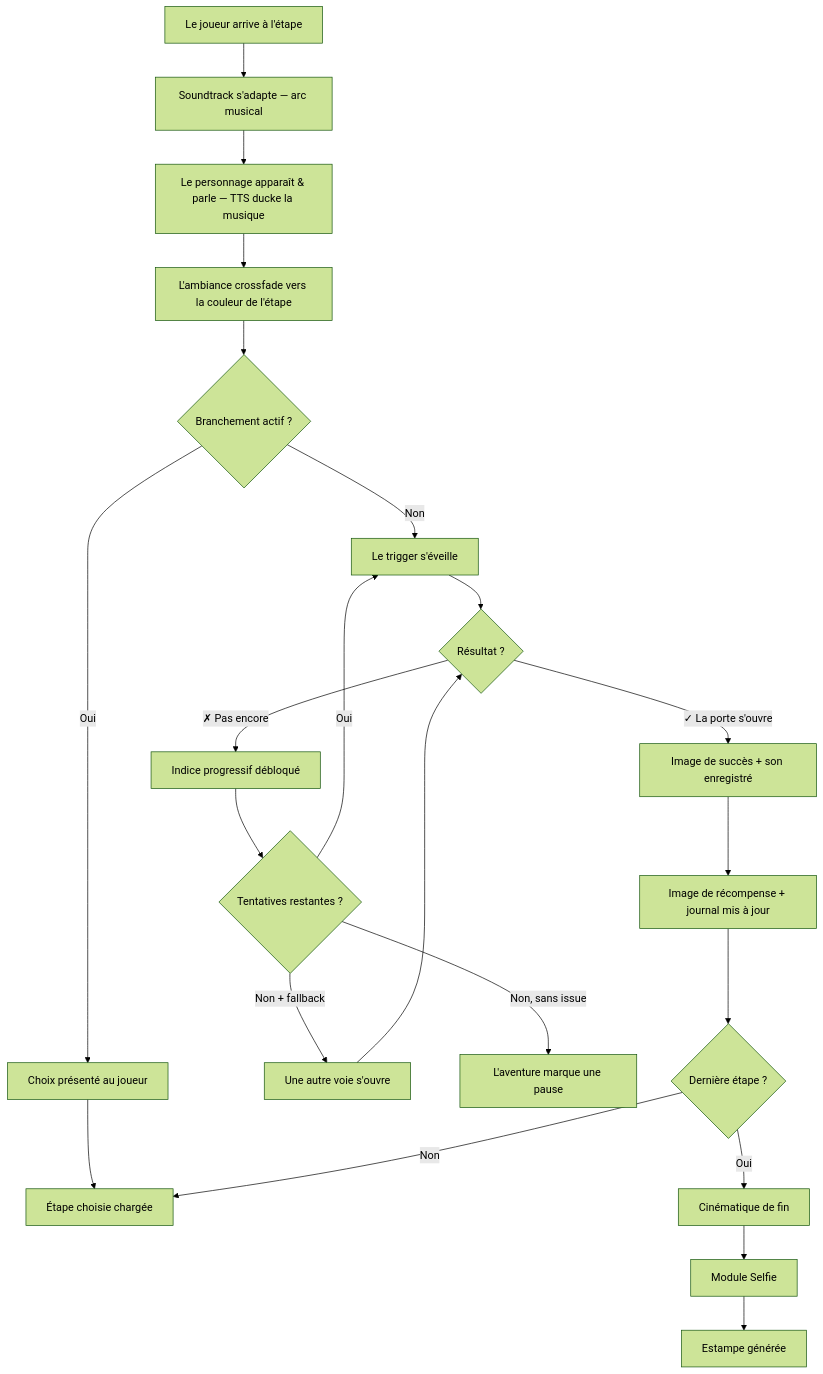
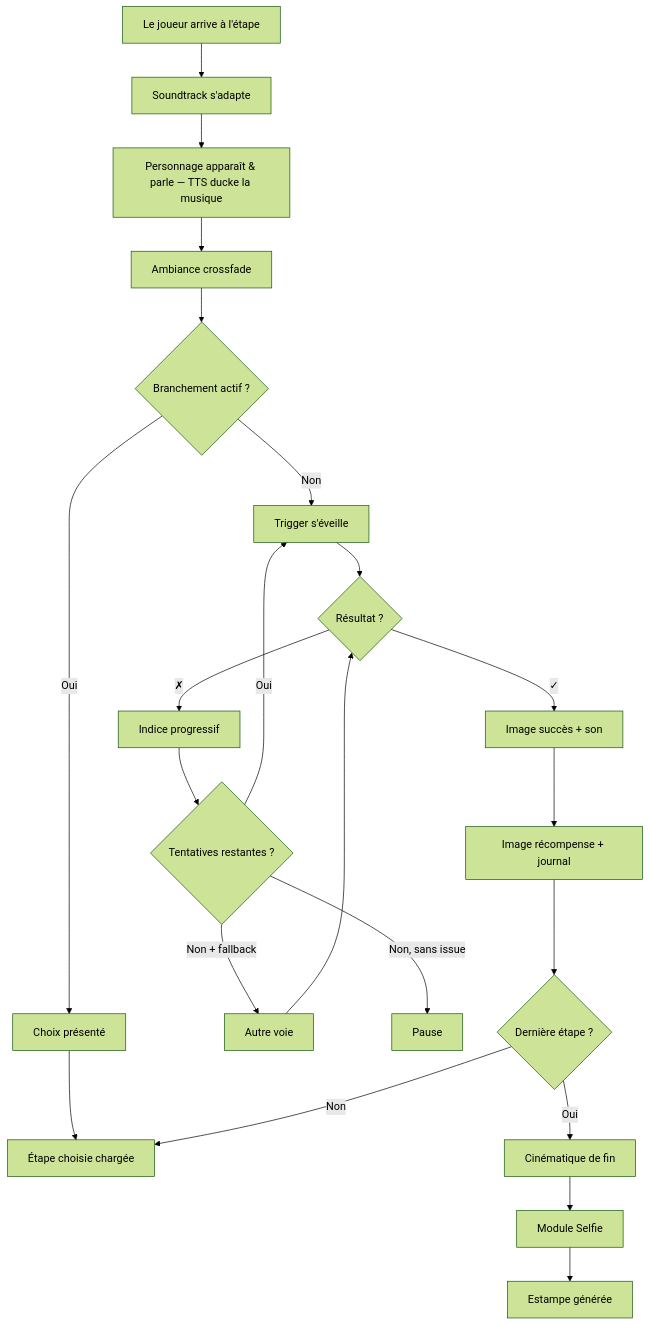
One commit to curiositesincongrues/La-Fabrique-A-Souvenirs changed the second of 3 diagrams in README.md. Above: the diagram before and after it, drawn with Mermaid (forest theme). The commit also changed other lines of this file, not shown here.

````diff
--- a/README.md
+++ b/README.md
@@ -476,24 +435,24 @@
 ```mermaid
 flowchart TD
-    A[Le joueur arrive à l'étape] --> B[Soundtrack s'adapte — arc musical]
-    B --> C[Le personnage apparaît & parle — TTS ducke la musique]
-    C --> D[L'ambiance crossfade vers la couleur de l'étape]
+    A[Le joueur arrive à l'étape] --> B[Soundtrack s'adapte]
+    B --> C[Personnage apparaît & parle — TTS ducke la musique]
+    C --> D[Ambiance crossfade]
     D --> E{Branchement actif ?}
-    E -->|Oui| F[Choix présenté au joueur]
+    E -->|Oui| F[Choix présenté]
     F --> G[Étape choisie chargée]
-    E -->|Non| H[Le trigger s'éveille]
+    E -->|Non| H[Trigger s'éveille]
     H --> I{Résultat ?}
-    I -->|✓ La porte s'ouvre| J[Image de succès + son enregistré]
-    I -->|✗ Pas encore| K[Indice progressif débloqué]
+    I -->|✓| J[Image succès + son]
+    I -->|✗| K[Indice progressif]
     K --> L{Tentatives restantes ?}
     L -->|Oui| H
-    L -->|Non + fallback| M[Une autre voie s'ouvre]
-    L -->|Non, sans issue| N[L'aventure marque une pause]
-    J --> O[Image de récompense + journal mis à jour]
+    L -->|Non + fallback| M[Autre voie]
+    L -->|Non, sans issue| N[Pause]
+    J --> O[Image récompense + journal]
     O --> P{Dernière étape ?}
     P -->|Non| G
     P -->|Oui| Q[Cinématique de fin]
     Q --> R[Module Selfie]
     R --> S[Estampe générée]
     M --> I
 ```
````
